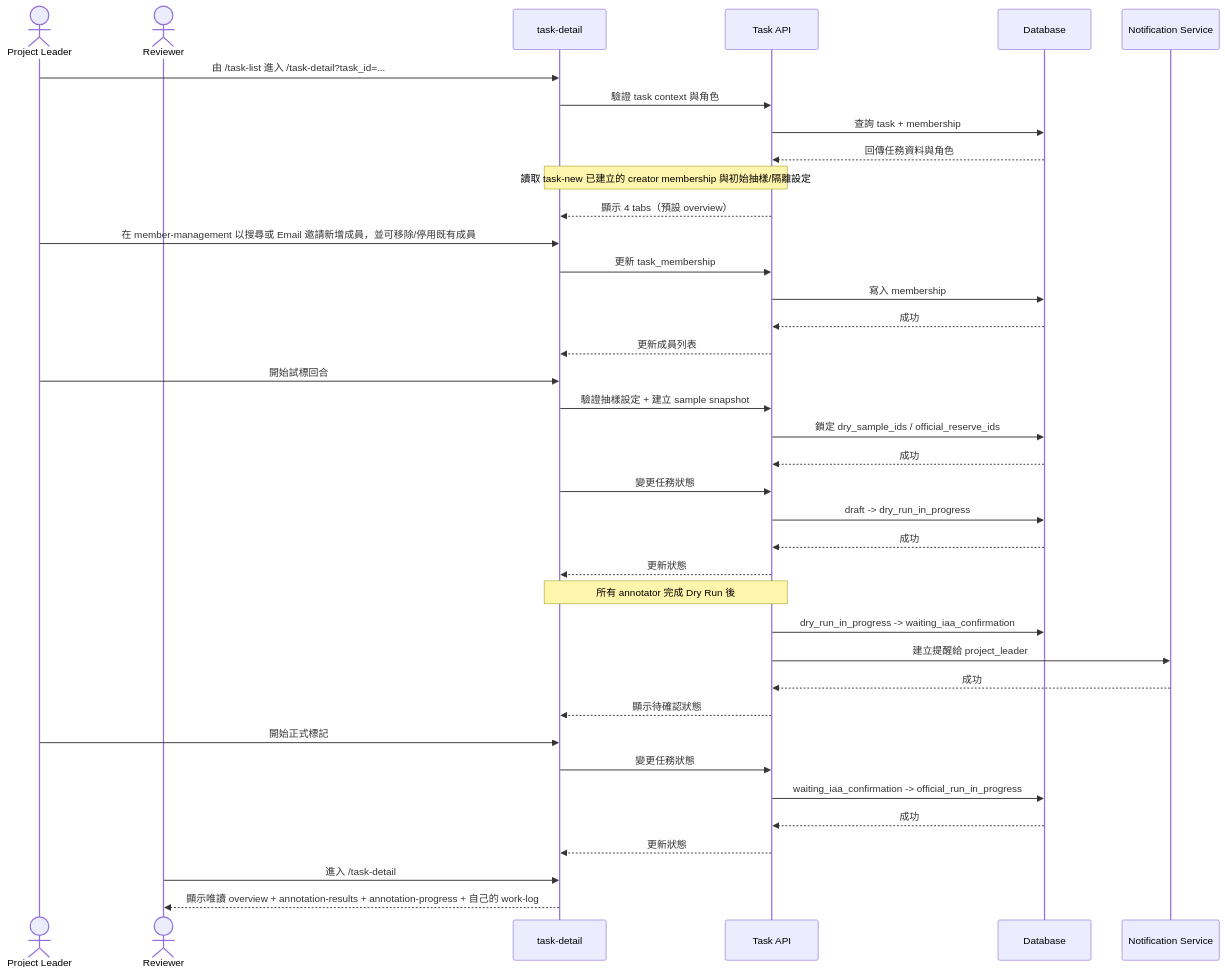
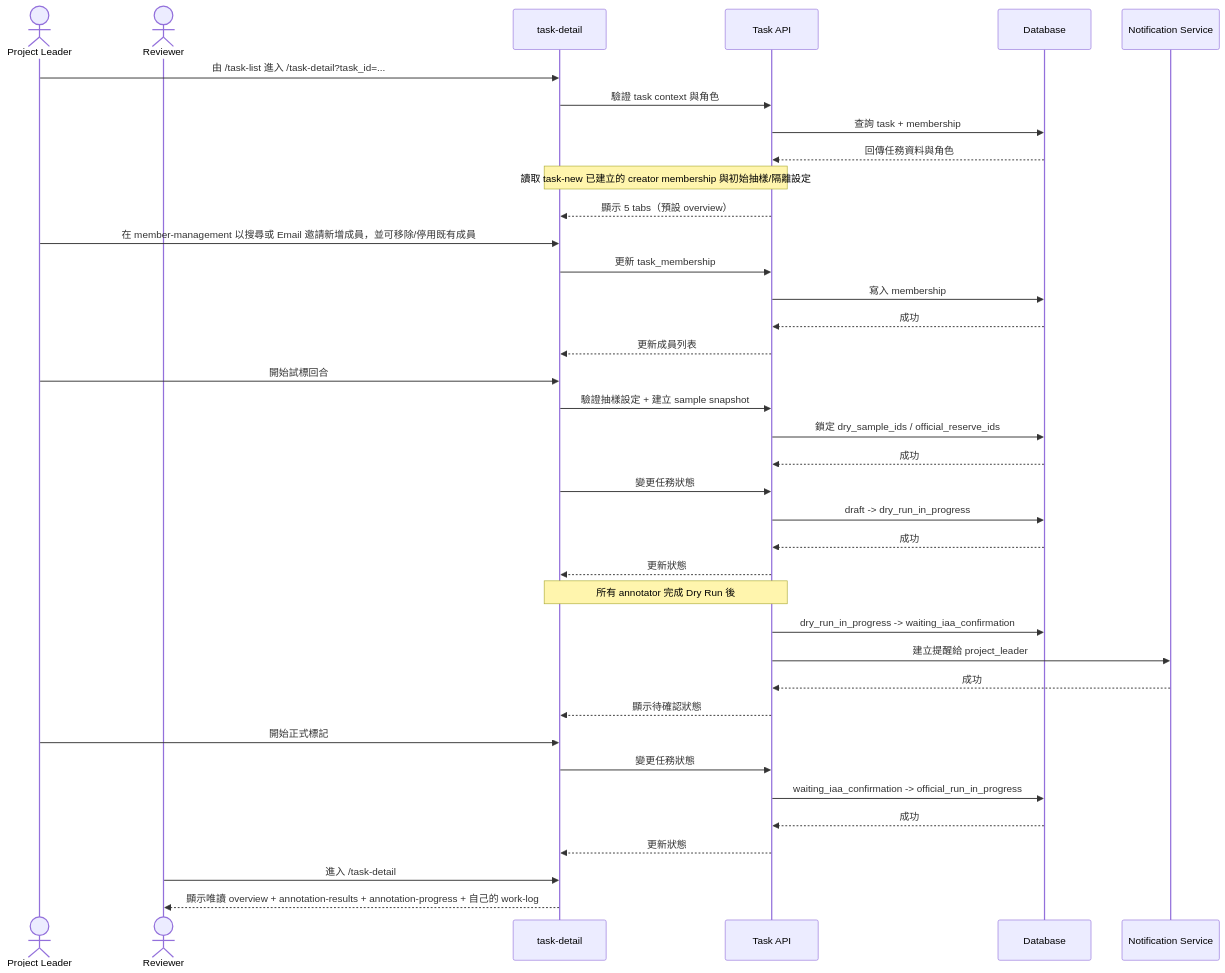
One commit to singyichen/label-suite changed the first of 2 diagrams in specs/task-management/014-task-detail/spec.md. Above: the diagram before and after it, drawn with Mermaid. The commit also changed other lines of this file and 1 other file, not shown here.

First line of the commit message:
fix(task-management): reorder task detail tabs to overview → member-management → progress → results → work-log

````diff
--- a/specs/task-management/014-task-detail/spec.md
+++ b/specs/task-management/014-task-detail/spec.md
@@ -40,46 +40,46 @@
 ```mermaid
 sequenceDiagram
     actor PL as Project Leader
     actor RV as Reviewer
     participant UI as task-detail
     participant API as Task API
     participant DB as Database
     participant Notify as Notification Service
 
     PL->>UI: 由 /task-list 進入 /task-detail?task_id=...
     UI->>API: 驗證 task context 與角色
     API->>DB: 查詢 task + membership
     DB-->>API: 回傳任務資料與角色
     Note over UI,API: 讀取 task-new 已建立的 creator membership 與初始抽樣/隔離設定
-    API-->>UI: 顯示 4 tabs（預設 overview）
+    API-->>UI: 顯示 5 tabs（預設 overview）
 
     PL->>UI: 在 member-management 以搜尋或 Email 邀請新增成員，並可移除/停用既有成員
     UI->>API: 更新 task_membership
     API->>DB: 寫入 membership
     DB-->>API: 成功
     API-->>UI: 更新成員列表
 
     PL->>UI: 開始試標回合
     UI->>API: 驗證抽樣設定 + 建立 sample snapshot
     API->>DB: 鎖定 dry_sample_ids / official_reserve_ids
     DB-->>API: 成功
     UI->>API: 變更任務狀態
     API->>DB: draft -> dry_run_in_progress
     DB-->>API: 成功
     API-->>UI: 更新狀態
 
     Note over UI,API: 所有 annotator 完成 Dry Run 後
     API->>DB: dry_run_in_progress -> waiting_iaa_confirmation
     API->>Notify: 建立提醒給 project_leader
     Notify-->>API: 成功
     API-->>UI: 顯示待確認狀態
 
     PL->>UI: 開始正式標記
     UI->>API: 變更任務狀態
     API->>DB: waiting_iaa_confirmation -> official_run_in_progress
     DB-->>API: 成功
     API-->>UI: 更新狀態
 
     RV->>UI: 進入 /task-detail
     UI-->>RV: 顯示唯讀 overview + annotation-results + annotation-progress + 自己的 work-log
 ```
````
